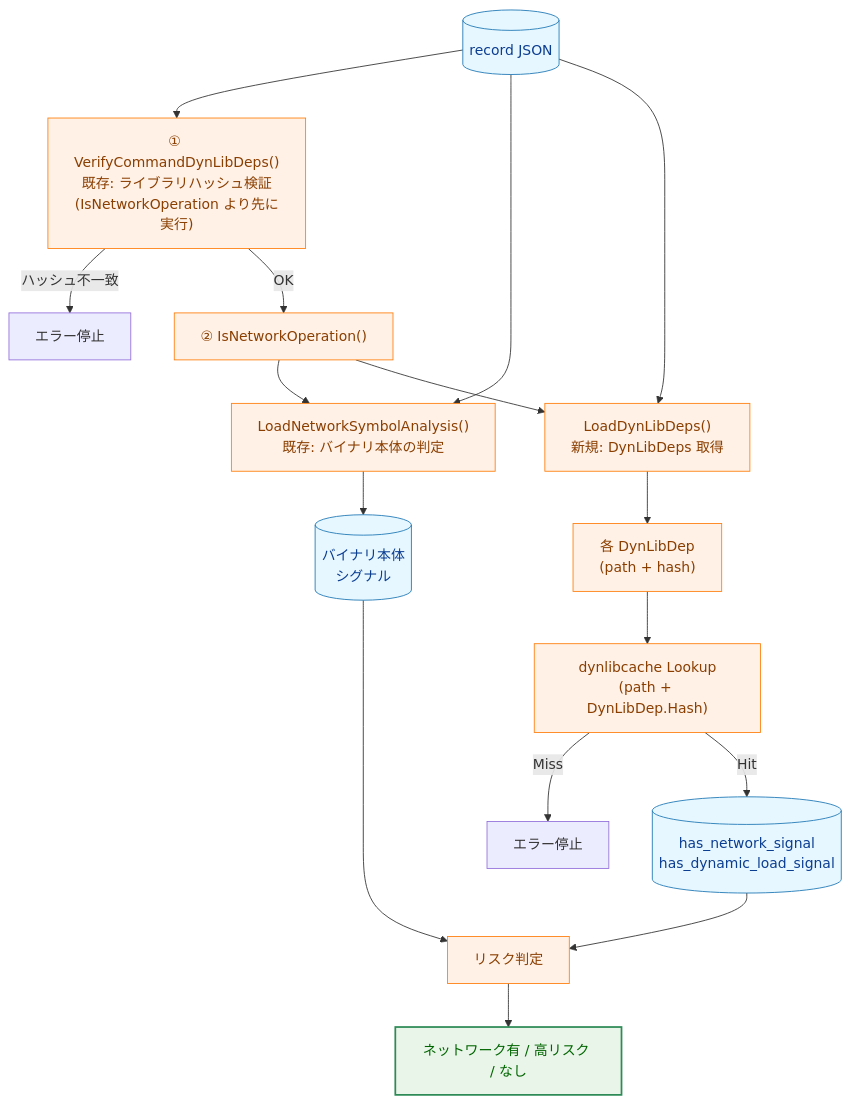
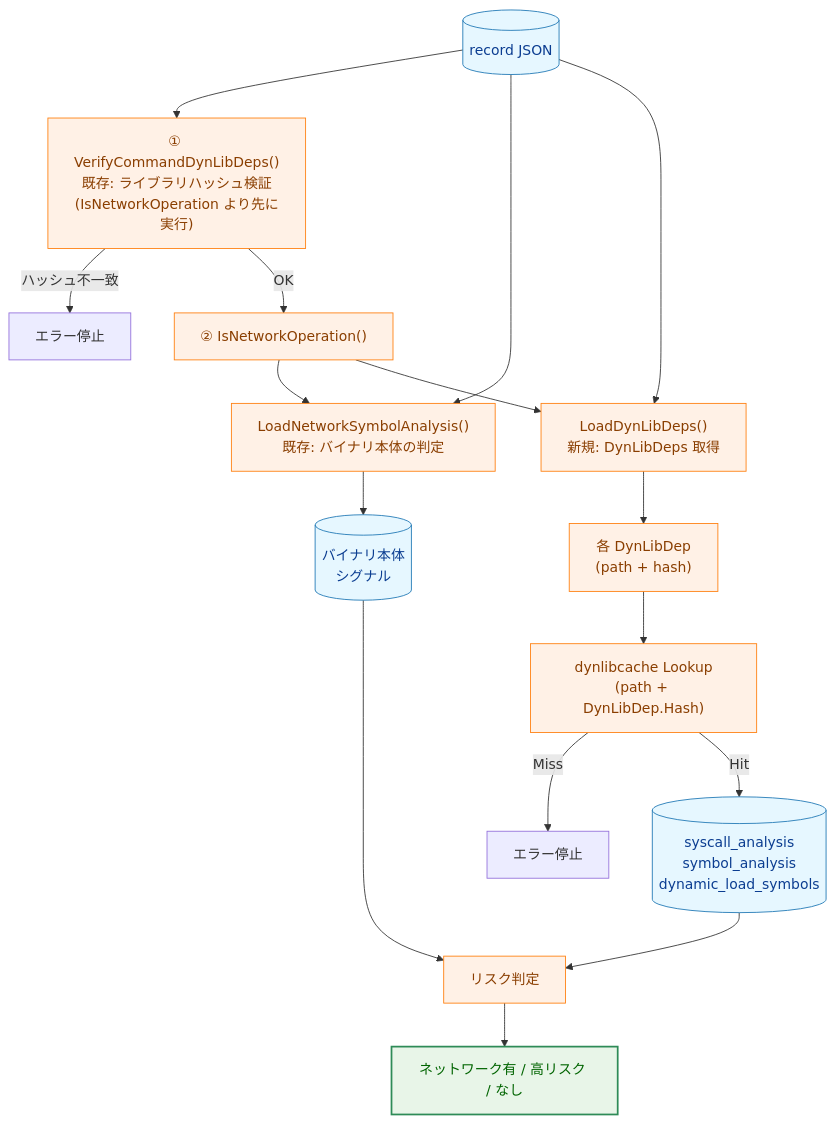
One commit to isseis/go-safe-cmd-runner changed the third of 4 diagrams in docs/tasks/0124_dynlib_library_analysis_cache/02_architecture.md. Above: the diagram before and after it, drawn with Mermaid. The commit also changed other lines of this file and 3 other files, not shown here.

First line of the commit message:
docs: align dynlib cache schema with runner internal evaluation

````diff
--- a/docs/tasks/0124_dynlib_library_analysis_cache/02_architecture.md
+++ b/docs/tasks/0124_dynlib_library_analysis_cache/02_architecture.md
@@ -57,29 +57,29 @@
 ```mermaid
 flowchart TD
     classDef data fill:#e6f7ff,stroke:#1f77b4,stroke-width:1px,color:#0b3d91;
     classDef process fill:#fff1e6,stroke:#ff7f0e,stroke-width:1px,color:#8a3e00;
     classDef enhanced fill:#e8f5e8,stroke:#2e8b57,stroke-width:2px,color:#006400;
 
     JSON[("record JSON")] --> VERIFYDEP["① VerifyCommandDynLibDeps()<br>既存: ライブラリハッシュ検証<br>(IsNetworkOperation より先に実行)"]
     VERIFYDEP -->|"ハッシュ不一致"| STOP1["エラー停止"]
     VERIFYDEP -->|"OK"| ISNET["② IsNetworkOperation()"]
 
     ISNET --> SYMALOAD["LoadNetworkSymbolAnalysis()<br>既存: バイナリ本体の判定"]
     JSON --> SYMALOAD
     ISNET --> DEPSLOAD["LoadDynLibDeps()<br>新規: DynLibDeps 取得"]
     JSON --> DEPSLOAD
 
     SYMALOAD --> SIG_BIN[("バイナリ本体<br>シグナル")]
     DEPSLOAD --> EACH["各 DynLibDep<br>(path + hash)"]
     EACH --> CACHELOAD["dynlibcache Lookup<br>(path + DynLibDep.Hash)"]
     CACHELOAD -->|"Miss"| STOP2["エラー停止"]
-    CACHELOAD -->|"Hit"| SIG_LIB[("has_network_signal<br>has_dynamic_load_signal")]
+    CACHELOAD -->|"Hit"| SIG_LIB[("syscall_analysis<br>symbol_analysis<br>dynamic_load_symbols")]
 
     SIG_BIN --> DECISION["リスク判定"]
     SIG_LIB --> DECISION
     DECISION --> RESULT["ネットワーク有 / 高リスク / なし"]
 
     class JSON,SIG_BIN,SIG_LIB data;
     class VERIFYDEP,ISNET,SYMALOAD,DEPSLOAD,EACH,CACHELOAD,DECISION process;
     class RESULT enhanced;
 ```
````
